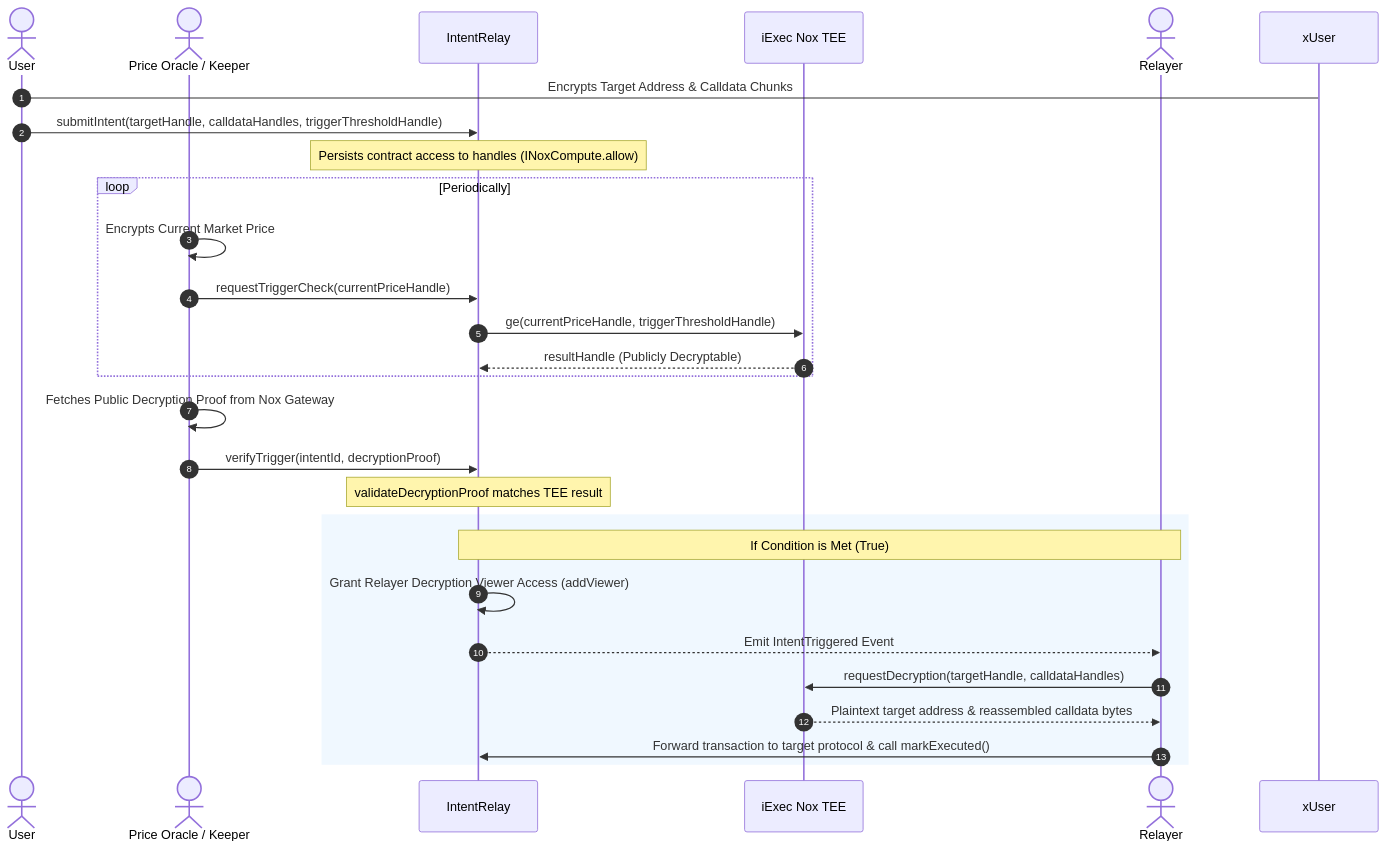
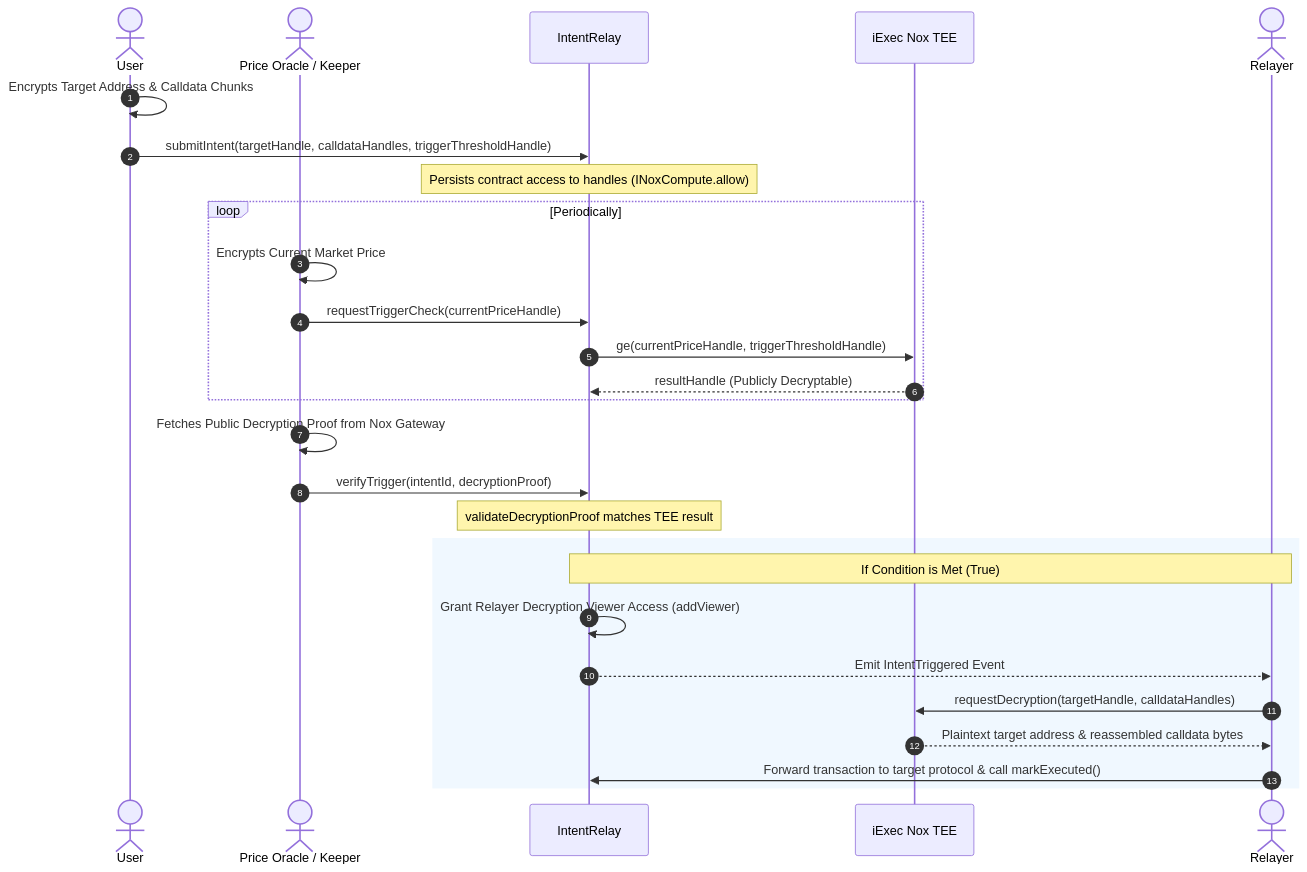
One commit to Timothyfranx/Arcana changed the diagram in README.md. Above: the diagram before and after it, drawn with Mermaid. The commit also changed other lines of this file and 3 other files, not shown here.

````diff
--- a/README.md
+++ b/README.md
@@ -13,33 +13,33 @@
 ```mermaid
 sequenceDiagram
     autonumber
     actor User
     actor Oracle as Price Oracle / Keeper
     participant Contract as IntentRelay
     participant Nox as iExec Nox TEE
     actor Relayer
 
-    User->xUser: Encrypts Target Address & Calldata Chunks
+    User->>User: Encrypts Target Address & Calldata Chunks
     User->>Contract: submitIntent(targetHandle, calldataHandles, triggerThresholdHandle)
     Note over Contract: Persists contract access to handles (INoxCompute.allow)
     
     loop Periodically
         Oracle->>Oracle: Encrypts Current Market Price
         Oracle->>Contract: requestTriggerCheck(currentPriceHandle)
         Contract->>Nox: ge(currentPriceHandle, triggerThresholdHandle)
         Nox-->>Contract: resultHandle (Publicly Decryptable)
     end
 
     Oracle->>Oracle: Fetches Public Decryption Proof from Nox Gateway
     Oracle->>Contract: verifyTrigger(intentId, decryptionProof)
     Note over Contract: validateDecryptionProof matches TEE result
     
     rect rgb(240, 248, 255)
         Note over Contract, Relayer: If Condition is Met (True)
         Contract->>Contract: Grant Relayer Decryption Viewer Access (addViewer)
         Contract-->>Relayer: Emit IntentTriggered Event
         Relayer->>Nox: requestDecryption(targetHandle, calldataHandles)
         Nox-->>Relayer: Plaintext target address & reassembled calldata bytes
         Relayer->>Contract: Forward transaction to target protocol & call markExecuted()
     end
 ```
````
